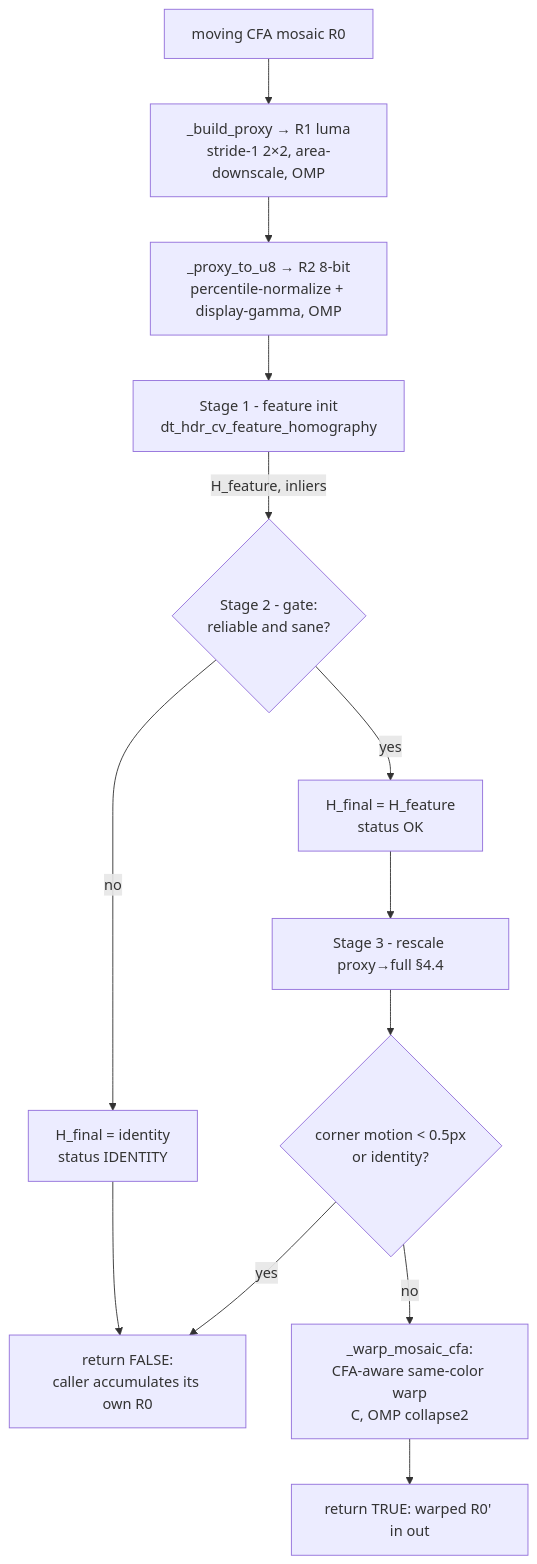
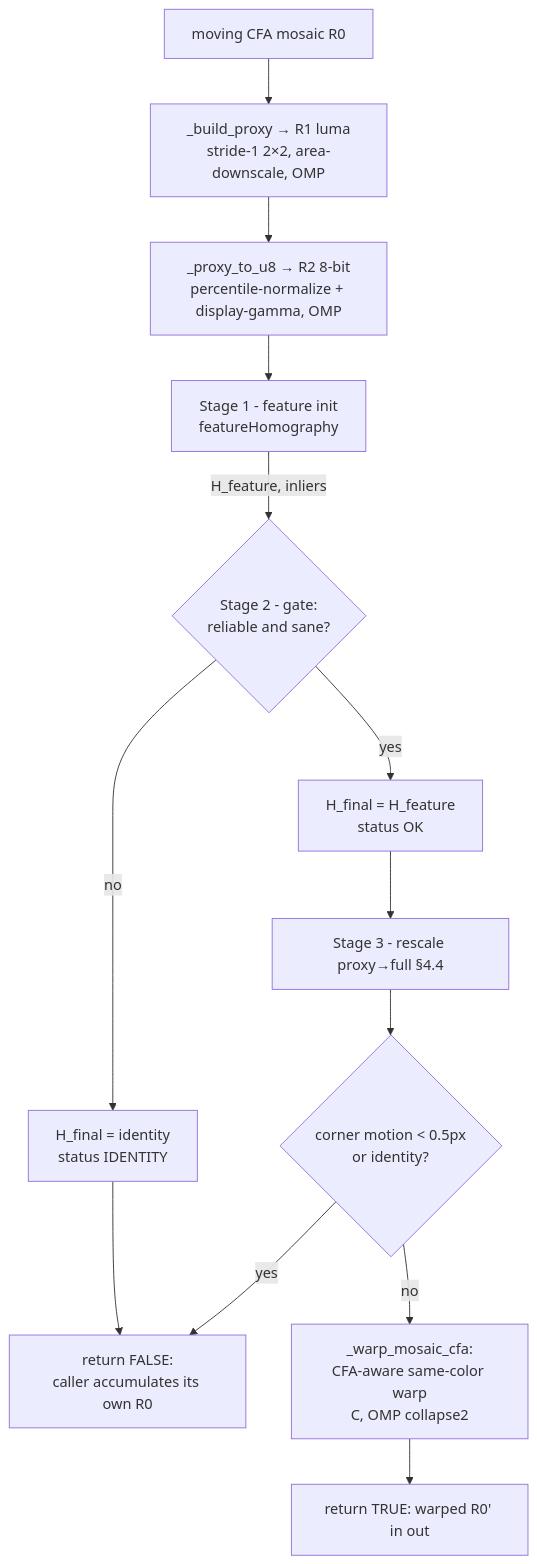
Before and after one commit to darktable-org/darktable: the third of 6 diagrams in dev-doc/HDR_Alignment_Design.md, drawn with Mermaid. The commit also changed other lines of this file and 10 other files, not shown here.

````diff
--- a/dev-doc/HDR_Alignment_Design.md
+++ b/dev-doc/HDR_Alignment_Design.md
@@ -214,15 +214,15 @@
 ```mermaid
 flowchart TD
     A[moving CFA mosaic R0] --> B[_build_proxy → R1 luma<br/>stride-1 2×2, area-downscale, OMP]
     B --> C[_proxy_to_u8 → R2 8-bit<br/>percentile-normalize + display-gamma, OMP]
-    C --> D[Stage 1 - feature init<br/>dt_hdr_cv_feature_homography]
+    C --> D[Stage 1 - feature init<br/>featureHomography]
     D -- H_feature, inliers --> F{Stage 2 - gate:<br/>reliable and sane?}
     F -- yes --> H[H_final = H_feature<br/>status OK]
     F -- no --> J[H_final = identity<br/>status IDENTITY]
     H --> K[Stage 3 - rescale proxy→full §4.4]
     K --> L{corner motion < 0.5px<br/>or identity?}
     L -- yes --> M[return FALSE:<br/>caller accumulates its own R0]
     L -- no --> N[_warp_mosaic_cfa:<br/>CFA-aware same-color warp<br/>C, OMP collapse2]
     J --> M
     N --> O[return TRUE: warped R0' in out]
 ```
````
